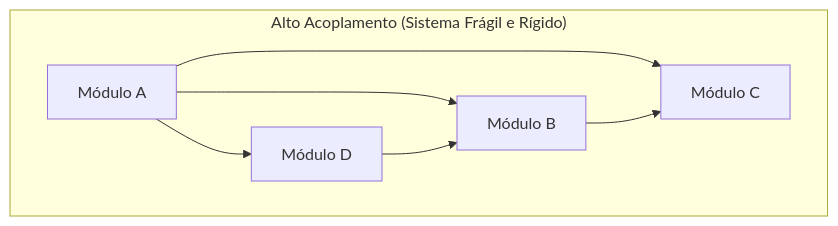
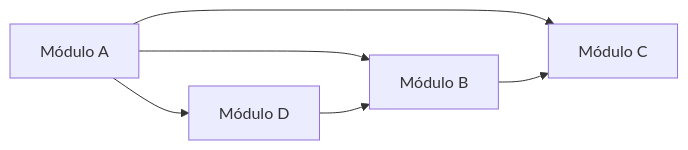
The third of 3 diagrams in 01. Programacao Modular/04. Programação orientada a objetos e acoplamento.md (leorruas/puc), drawn with Mermaid before and after one commit. The commit also changed other lines of this file, not shown here.

Commit message:
Normaliza Mermaid de objetos e acoplamento

````diff
--- a/01. Programacao Modular/04. Programação orientada a objetos e acoplamento.md
+++ b/01. Programacao Modular/04. Programação orientada a objetos e acoplamento.md
@@ -111,10 +104,13 @@
 ```mermaid
-flowchart TD
-    subgraph AltoAcoplamento ["Alto Acoplamento (Sistema Frágil e Rígido)"]
-        M1["Módulo A"] --> M2["Módulo B"]
-        M1 --> M3["Módulo C"]
-        M1 --> M4["Módulo D"]
-        M2 --> M3
-        M4 --> M2
-    end
+flowchart LR
+    A["Módulo A"]:::warning
+    B["Módulo B"]:::component
+    C["Módulo C"]:::component
+    D["Módulo D"]:::component
+
+    A --> B
+    A --> C
+    A --> D
+    B --> C
+    D --> B
 ```
````
